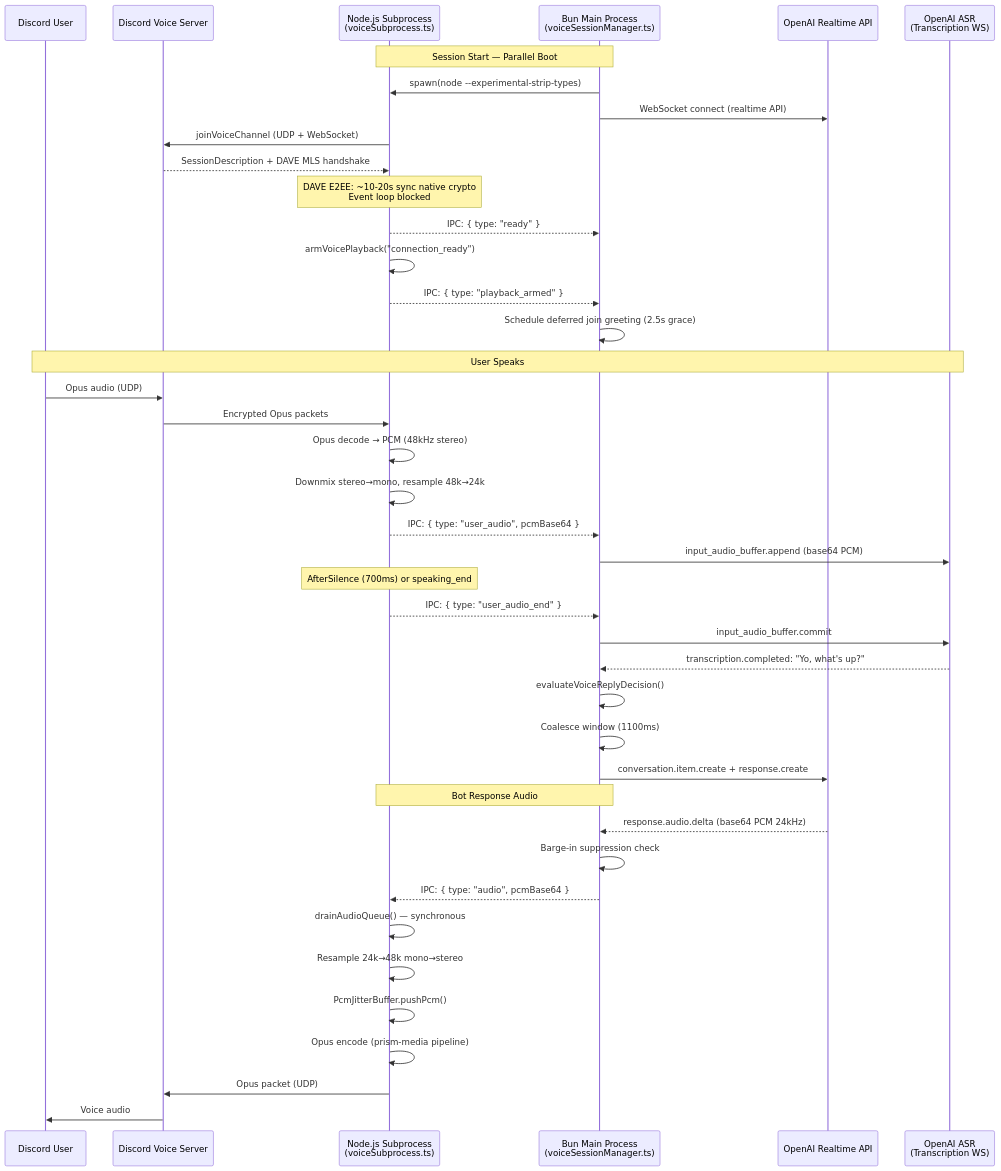
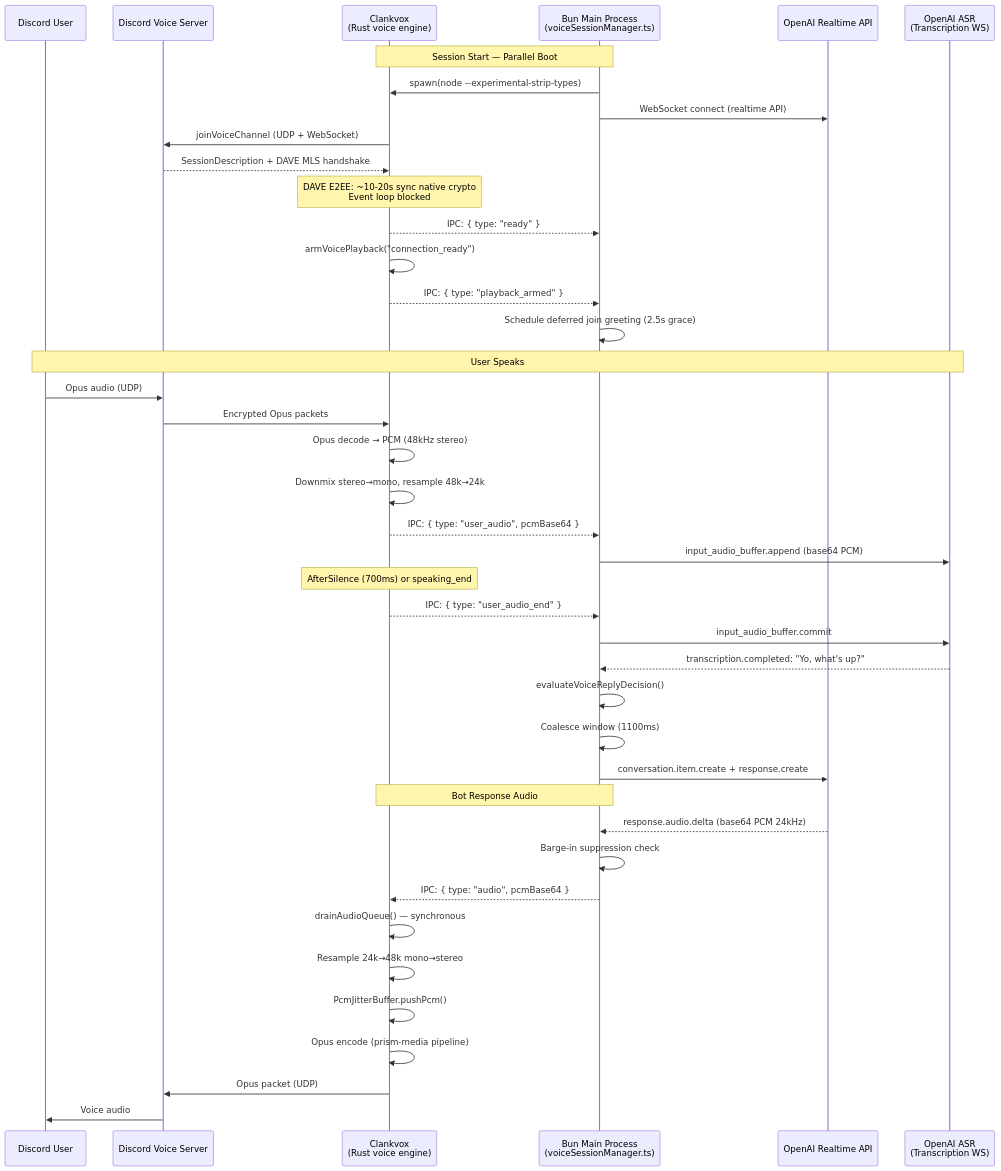
Before and after one commit to Volpestyle/clanky: the diagram in docs/diagrams/voice-subprocess-architecture.mmd, drawn with Mermaid. The commit also changed 24 other files, not shown here.

First line of the commit message:
Rename voice subprocess to clankvox, remove heuristic voice guards

```diff
--- a/docs/diagrams/voice-subprocess-architecture.mmd
+++ b/docs/diagrams/voice-subprocess-architecture.mmd
@@ -1,45 +1,45 @@
 sequenceDiagram
     participant User as Discord User
     participant DV as Discord Voice Server
-    participant Sub as Node.js Subprocess<br/>(voiceSubprocess.ts)
+    participant Sub as Clankvox<br/>(Rust voice engine)
     participant Main as Bun Main Process<br/>(voiceSessionManager.ts)
     participant LLM as OpenAI Realtime API
     participant ASR as OpenAI ASR<br/>(Transcription WS)
 
     Note over Main,Sub: Session Start — Parallel Boot
     Main->>Sub: spawn(node --experimental-strip-types)
     Main->>LLM: WebSocket connect (realtime API)
     Sub->>DV: joinVoiceChannel (UDP + WebSocket)
     DV-->>Sub: SessionDescription + DAVE MLS handshake
     Note over Sub: DAVE E2EE: ~10-20s sync native crypto<br/>Event loop blocked
     Sub-->>Main: IPC: { type: "ready" }
     Sub->>Sub: armVoicePlayback("connection_ready")
     Sub-->>Main: IPC: { type: "playback_armed" }
     Main->>Main: Schedule deferred join greeting (2.5s grace)
 
     Note over User,ASR: User Speaks
     User->>DV: Opus audio (UDP)
     DV->>Sub: Encrypted Opus packets
     Sub->>Sub: Opus decode → PCM (48kHz stereo)
     Sub->>Sub: Downmix stereo→mono, resample 48k→24k
     Sub-->>Main: IPC: { type: "user_audio", pcmBase64 }
     Main->>ASR: input_audio_buffer.append (base64 PCM)
 
     Note over Sub: AfterSilence (700ms) or speaking_end
     Sub-->>Main: IPC: { type: "user_audio_end" }
     Main->>ASR: input_audio_buffer.commit
     ASR-->>Main: transcription.completed: "Yo, what's up?"
     Main->>Main: evaluateVoiceReplyDecision()
     Main->>Main: Coalesce window (1100ms)
     Main->>LLM: conversation.item.create + response.create
 
     Note over Main,Sub: Bot Response Audio
     LLM-->>Main: response.audio.delta (base64 PCM 24kHz)
     Main->>Main: Barge-in suppression check
     Main-->>Sub: IPC: { type: "audio", pcmBase64 }
     Sub->>Sub: drainAudioQueue() — synchronous
     Sub->>Sub: Resample 24k→48k mono→stereo
     Sub->>Sub: PcmJitterBuffer.pushPcm()
     Sub->>Sub: Opus encode (prism-media pipeline)
     Sub->>DV: Opus packet (UDP)
     DV->>User: Voice audio
```
